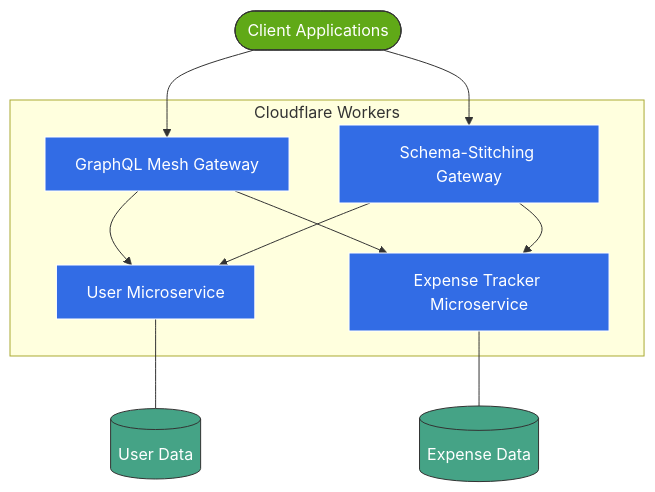
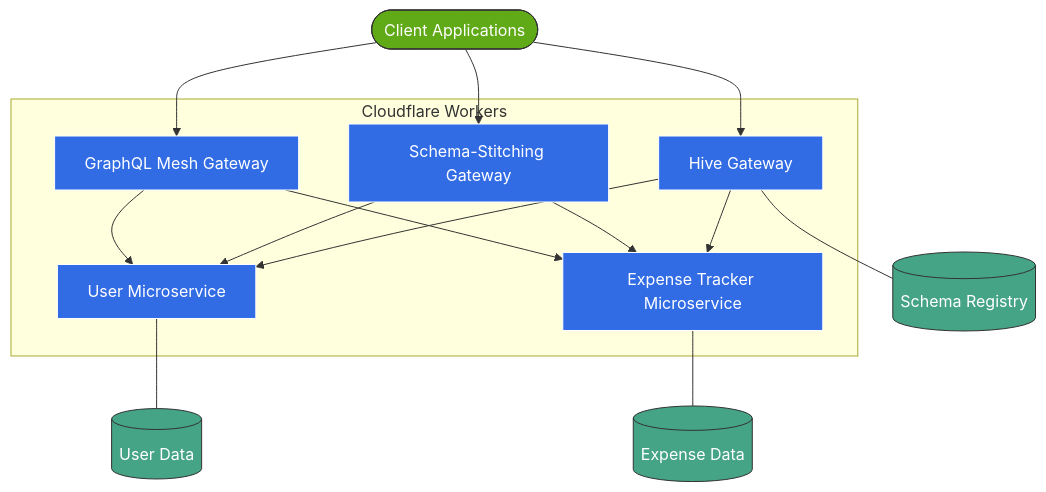
One commit to vinodhj/graphql-gateway-microservices changed the first of 3 diagrams in docs/tdd/hld.md. Above: the diagram before and after it, drawn with Mermaid. The commit also changed other lines of this file and 2 other files, not shown here.

Commit message:
docs updated using hive gateway

````diff
--- a/docs/tdd/hld.md
+++ b/docs/tdd/hld.md
@@ -19,27 +20,32 @@
 ```mermaid
 flowchart TD
     Client([Client Applications]) --> MeshGateway
     Client --> StitchingGateway
+    Client --> HiveGateway
     MeshGateway[GraphQL Mesh Gateway] --> UserService[User Microservice]
     MeshGateway --> ExpenseService[Expense Tracker Microservice]
     StitchingGateway[Schema-Stitching Gateway] --> UserService
     StitchingGateway --> ExpenseService
+    HiveGateway[Hive Gateway] --> UserService
+    HiveGateway --> ExpenseService
 
     subgraph "Cloudflare Workers"
     MeshGateway
     StitchingGateway
+    HiveGateway
     UserService
     ExpenseService
     end
 
     UserService --- UserDB[(User Data)]
     ExpenseService --- ExpenseDB[(Expense Data)]
+    HiveGateway --- SchemaRegistry[(Schema Registry)]
 
     classDef service fill:#326ce5,stroke:#fff,stroke-width:1px,color:#fff
     classDef db fill:#45a386,stroke:#333,stroke-width:1px,color:#fff
     classDef client fill:#60a917,stroke:#333,stroke-width:1px,color:#fff
 
-    class MeshGateway,StitchingGateway,UserService,ExpenseService service
-    class UserDB,ExpenseDB db
+    class MeshGateway,StitchingGateway,HiveGateway,UserService,ExpenseService service
+    class UserDB,ExpenseDB,SchemaRegistry db
     class Client client
 ```
````
